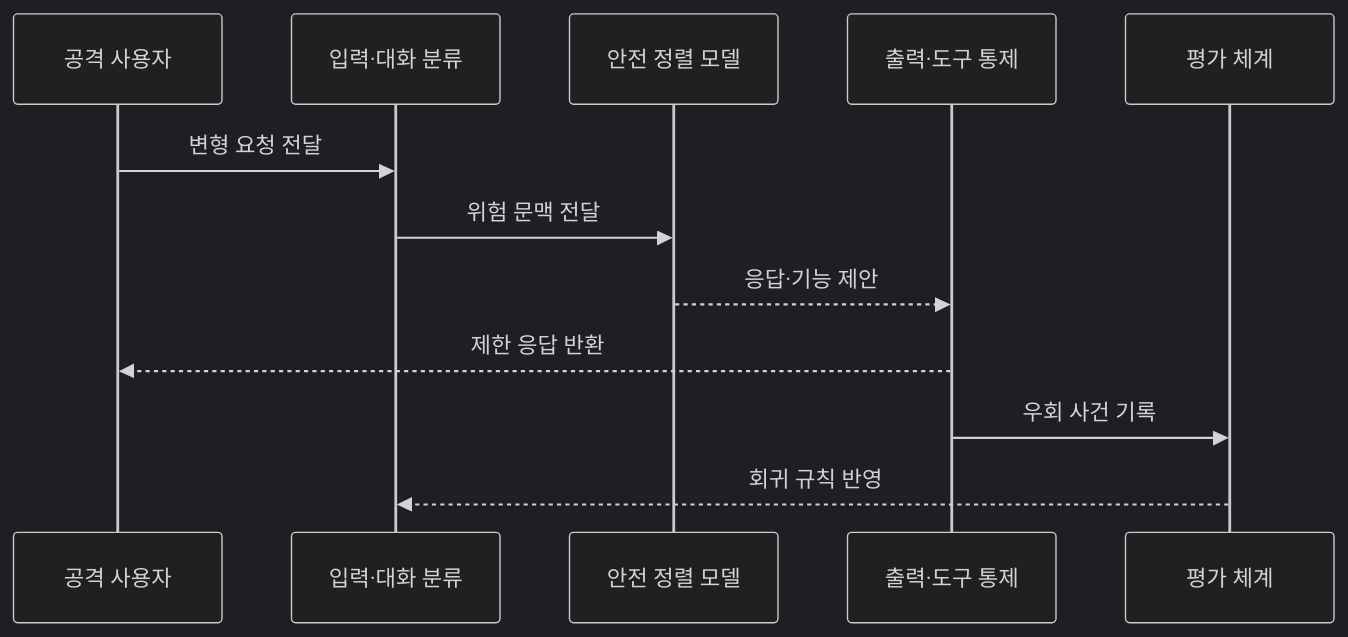
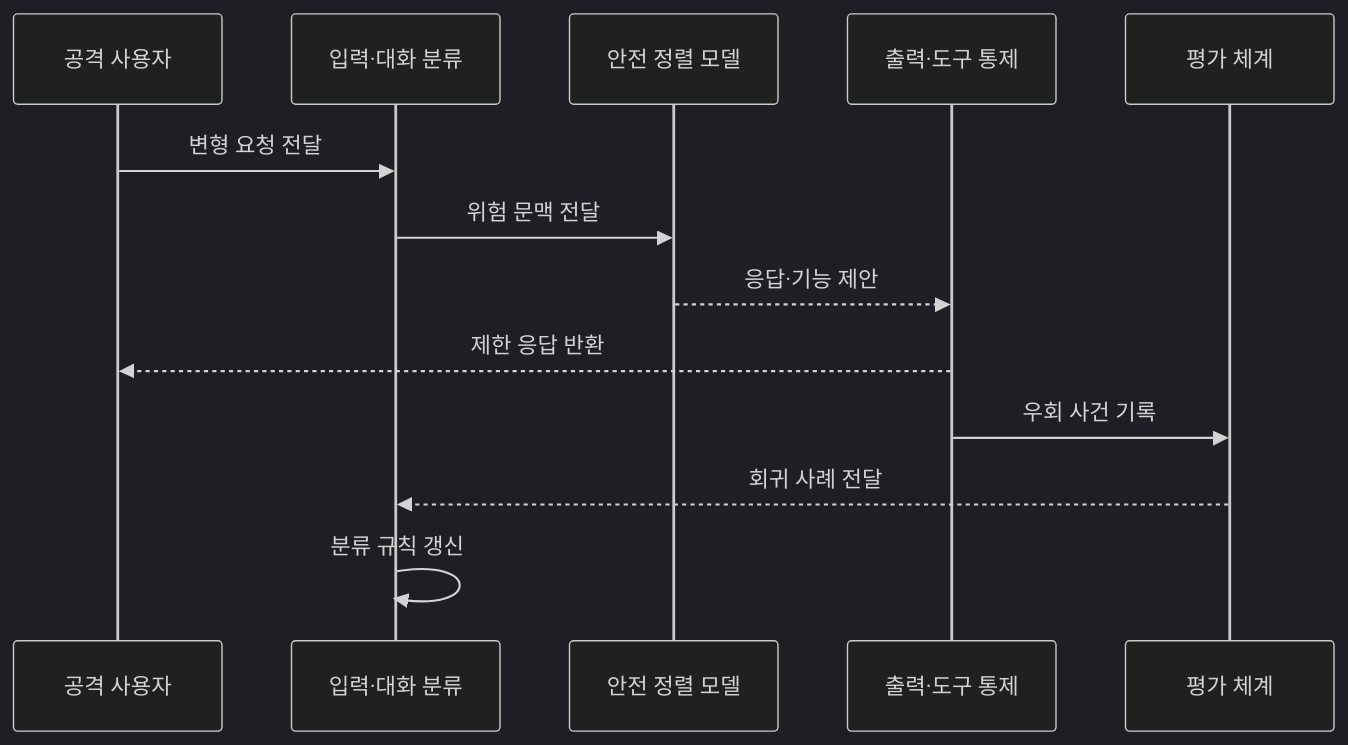
Before and after one commit to agnusdei1207/knowledge-base: the second of 2 diagrams in src/content/docs/notes/05-security/081_jailbreak_attack.md, drawn with Mermaid (dark theme). The commit also changed other lines of this file and 27 other files, not shown here.

````diff
--- a/src/content/docs/notes/05-security/081_jailbreak_attack.md
+++ b/src/content/docs/notes/05-security/081_jailbreak_attack.md
@@ -89,14 +89,15 @@
 ```mermaid
 sequenceDiagram
     participant U as 공격 사용자
     participant I as 입력·대화 분류
     participant M as 안전 정렬 모델
     participant O as 출력·도구 통제
     participant E as 평가 체계
     U->>I: 변형 요청 전달
     I->>M: 위험 문맥 전달
     M-->>O: 응답·기능 제안
     O-->>U: 제한 응답 반환
     O->>E: 우회 사건 기록
-    E-->>I: 회귀 규칙 반영
+    E-->>I: 회귀 사례 전달
+    I->>I: 분류 규칙 갱신
 ```
````
